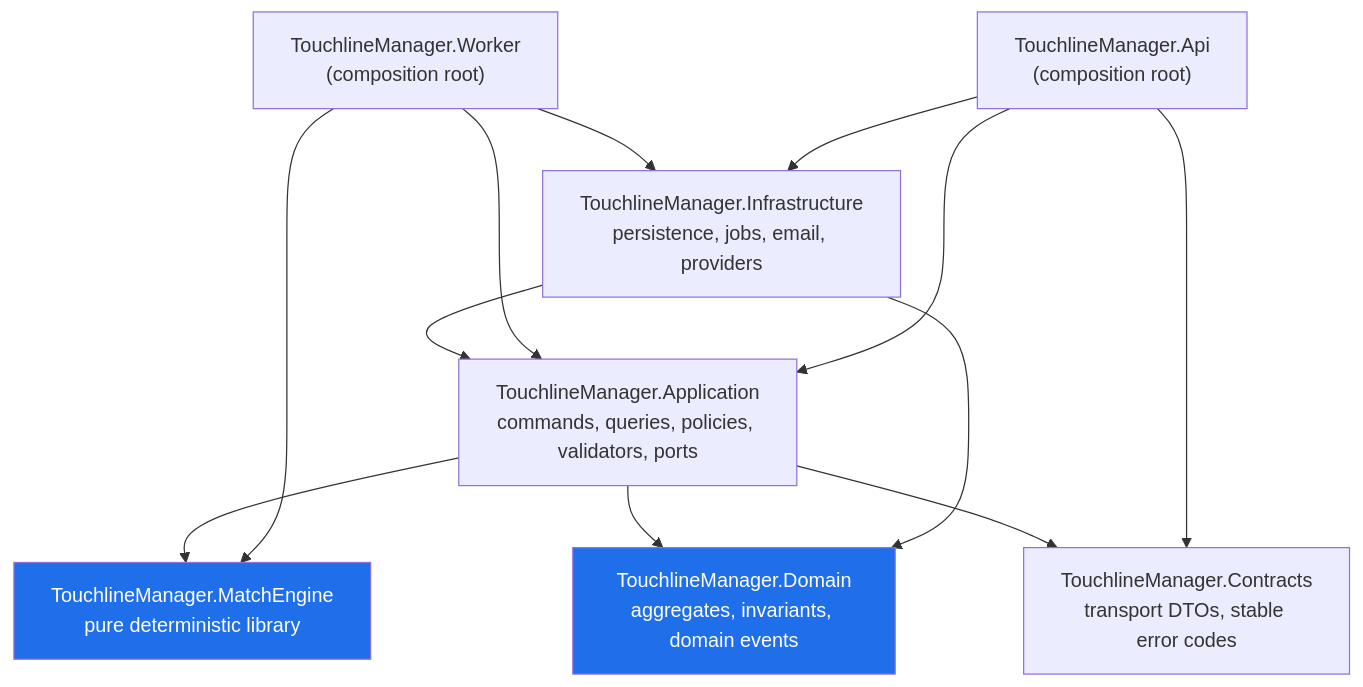
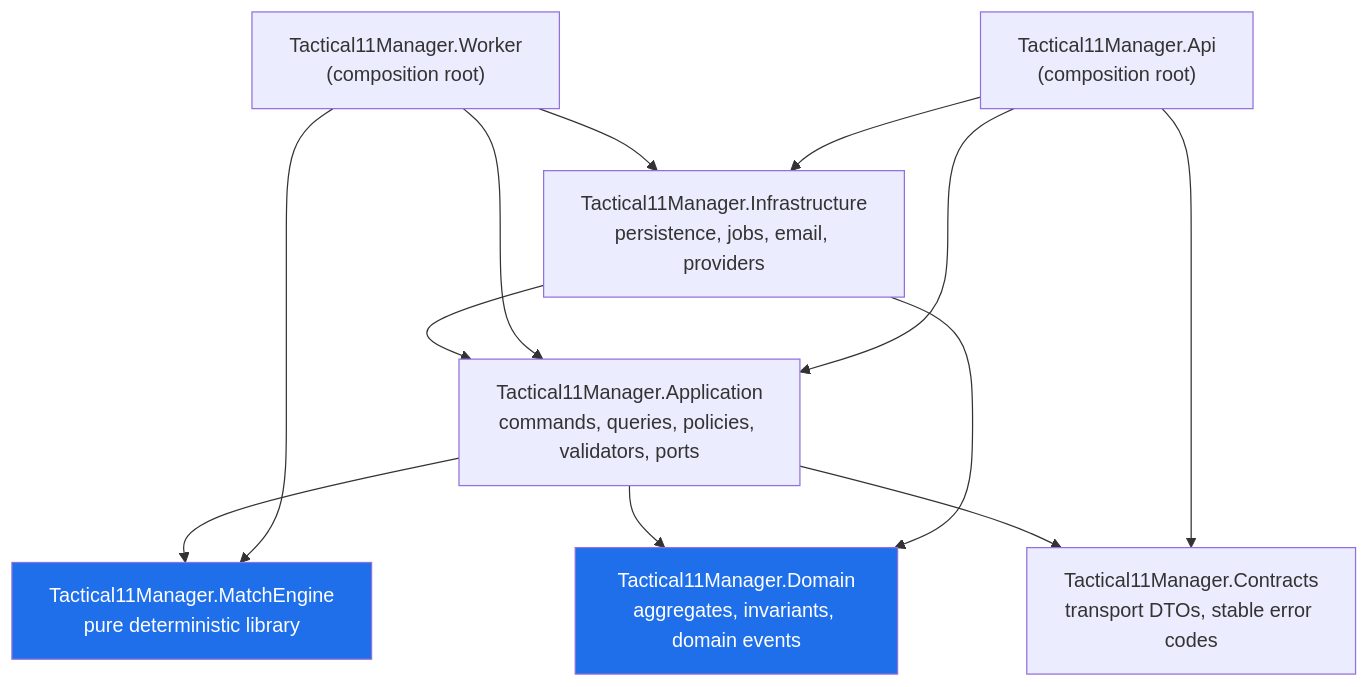
Before and after one commit to EndAroundCarry/touchline-manager-online: the diagram in docs/architecture/modules.md, drawn with Mermaid. The commit also changed other lines of this file and 2217 other files, not shown here.

First line of the commit message:
Rename the game from Touchline Manager to Tactical11Manager

````diff
--- a/docs/architecture/modules.md
+++ b/docs/architecture/modules.md
@@ -32,25 +32,25 @@
 ```mermaid
 flowchart TD
-    Api["TouchlineManager.Api<br/>(composition root)"]
-    Worker["TouchlineManager.Worker<br/>(composition root)"]
-    Infra["TouchlineManager.Infrastructure<br/>persistence, jobs, email, providers"]
-    App["TouchlineManager.Application<br/>commands, queries, policies, validators, ports"]
-    Domain["TouchlineManager.Domain<br/>aggregates, invariants, domain events"]
-    Engine["TouchlineManager.MatchEngine<br/>pure deterministic library"]
-    Contracts["TouchlineManager.Contracts<br/>transport DTOs, stable error codes"]
+    Api["Tactical11Manager.Api<br/>(composition root)"]
+    Worker["Tactical11Manager.Worker<br/>(composition root)"]
+    Infra["Tactical11Manager.Infrastructure<br/>persistence, jobs, email, providers"]
+    App["Tactical11Manager.Application<br/>commands, queries, policies, validators, ports"]
+    Domain["Tactical11Manager.Domain<br/>aggregates, invariants, domain events"]
+    Engine["Tactical11Manager.MatchEngine<br/>pure deterministic library"]
+    Contracts["Tactical11Manager.Contracts<br/>transport DTOs, stable error codes"]
 
     Api --> App
     Api --> Infra
     Api --> Contracts
     Worker --> App
     Worker --> Infra
     Worker --> Engine
     Infra --> App
     Infra --> Domain
     App --> Domain
     App --> Engine
     App --> Contracts
 
     style Engine fill:#1f6feb,color:#fff
     style Domain fill:#1f6feb,color:#fff
 ```
````
